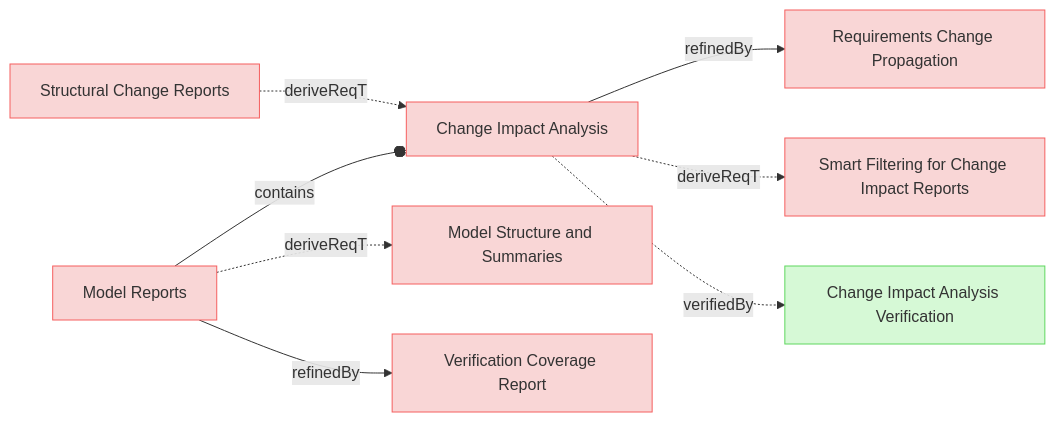
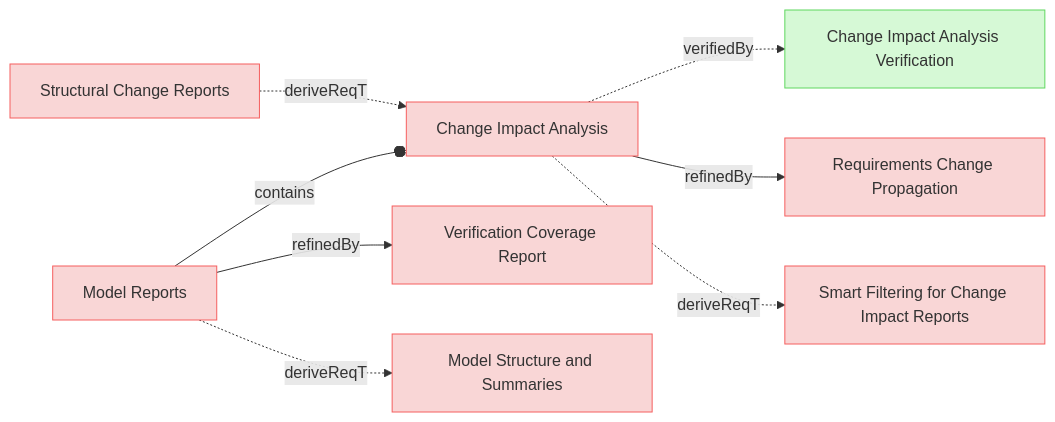
Before and after one commit to reqvire-org/reqvire: the eighth of 9 diagrams in specifications/UserRequirements.md, drawn with Mermaid. The commit also changed other lines of this file and 30 other files, not shown here.

````diff
--- a/specifications/UserRequirements.md
+++ b/specifications/UserRequirements.md
@@ -1009,41 +1009,41 @@
 ```mermaid
 graph LR;
   %% REQVIRE-AUTOGENERATED-DIAGRAM
   %% Graph styling
   classDef requirement fill:#f9d6d6,stroke:#f55f5f,stroke-width:1px;
   classDef verification fill:#d6f9d6,stroke:#5fd75f,stroke-width:1px;
   classDef externalLink fill:#d0e0ff,stroke:#3080ff,stroke-width:1px;
   classDef default fill:#f5f5f5,stroke:#333333,stroke-width:1px;
 
   9933cac5853a8584["Change Impact Analysis"];
   class 9933cac5853a8584 requirement;
   click 9933cac5853a8584 "UserRequirements.md#change-impact-analysis";
+  b72d56e7e360fe6c["Change Impact Analysis Verification"];
+  class b72d56e7e360fe6c verification;
+  click b72d56e7e360fe6c "Verifications/ChangeImpactTests.md#change-impact-analysis-verification";
+  9933cac5853a8584 -.->|verifiedBy| b72d56e7e360fe6c;
   2054606d7574a553["Requirements Change Propagation"];
   class 2054606d7574a553 requirement;
   click 2054606d7574a553 "SpecificationsRequirements.md#requirements-change-propagation";
   9933cac5853a8584 -->|refinedBy| 2054606d7574a553;
   ced028f36159c967["Smart Filtering for Change Impact Reports"];
   class ced028f36159c967 requirement;
   click ced028f36159c967 "SystemRequirements/ChangeImpactPropagation.md#smart-filtering-for-change-impact-reports";
   9933cac5853a8584 -.->|deriveReqT| ced028f36159c967;
-  b72d56e7e360fe6c["Change Impact Analysis Verification"];
-  class b72d56e7e360fe6c verification;
-  click b72d56e7e360fe6c "Verifications/ChangeImpactTests.md#change-impact-analysis-verification";
-  9933cac5853a8584 -.->|verifiedBy| b72d56e7e360fe6c;
   70701096d332c0b2["Model Reports"];
   class 70701096d332c0b2 requirement;
   click 70701096d332c0b2 "UserRequirements.md#model-reports";
   70701096d332c0b2 --o|contains| 9933cac5853a8584;
+  f7a606aa79ba438["Verification Coverage Report"];
+  class f7a606aa79ba438 requirement;
+  click f7a606aa79ba438 "UserRequirements.md#verification-coverage-report";
+  70701096d332c0b2 -->|refinedBy| f7a606aa79ba438;
   ad6f7a2d41d80a38["Model Structure and Summaries"];
   class ad6f7a2d41d80a38 requirement;
   click ad6f7a2d41d80a38 "UserRequirements.md#model-structure-and-summaries";
   70701096d332c0b2 -.->|deriveReqT| ad6f7a2d41d80a38;
-  f7a606aa79ba438["Verification Coverage Report"];
-  class f7a606aa79ba438 requirement;
-  click f7a606aa79ba438 "UserRequirements.md#verification-coverage-report";
-  70701096d332c0b2 -->|refinedBy| f7a606aa79ba438;
   1908501a80db5c46["Structural Change Reports"];
   class 1908501a80db5c46 requirement;
   click 1908501a80db5c46 "UserRequirements.md#structural-change-reports";
   1908501a80db5c46 -.->|deriveReqT| 9933cac5853a8584;
 ```
````
